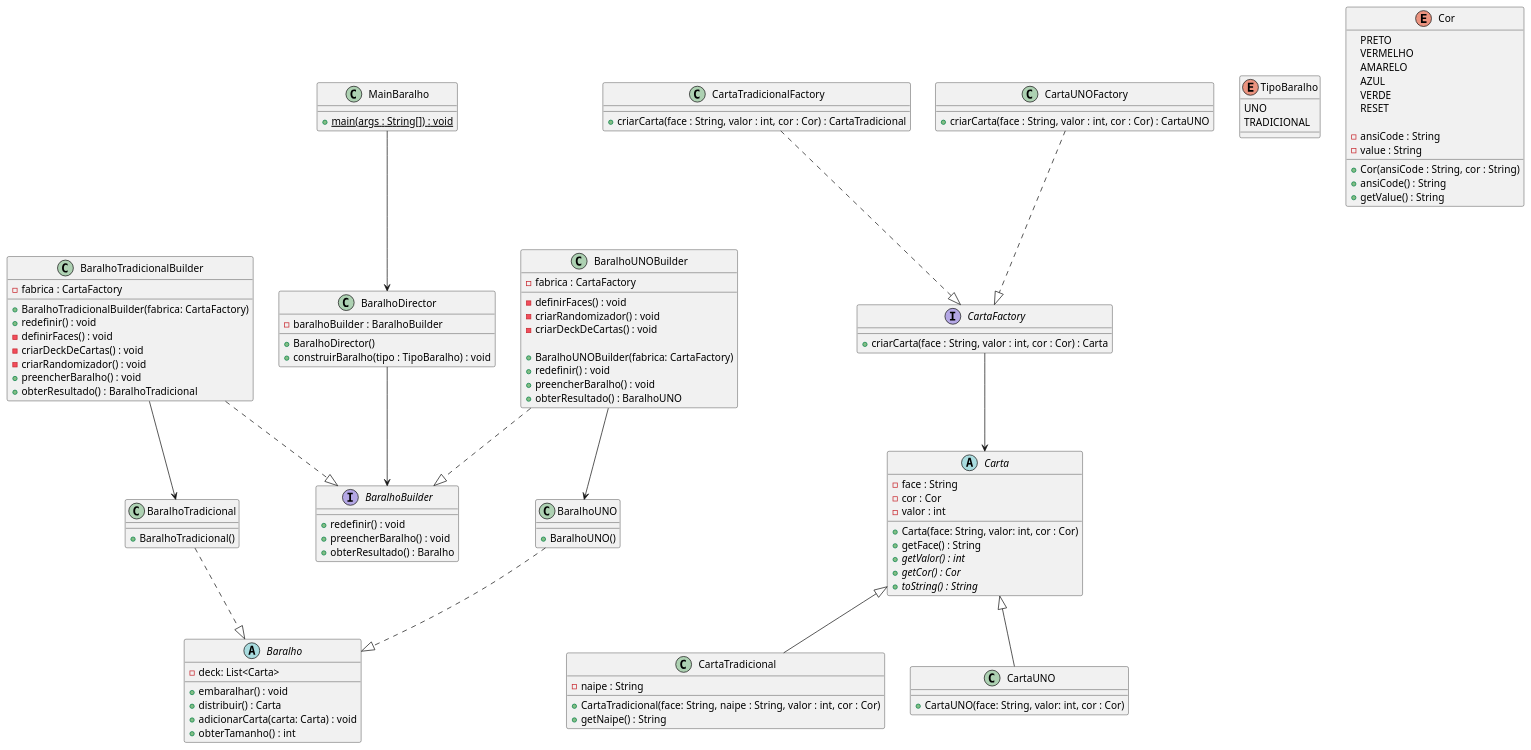
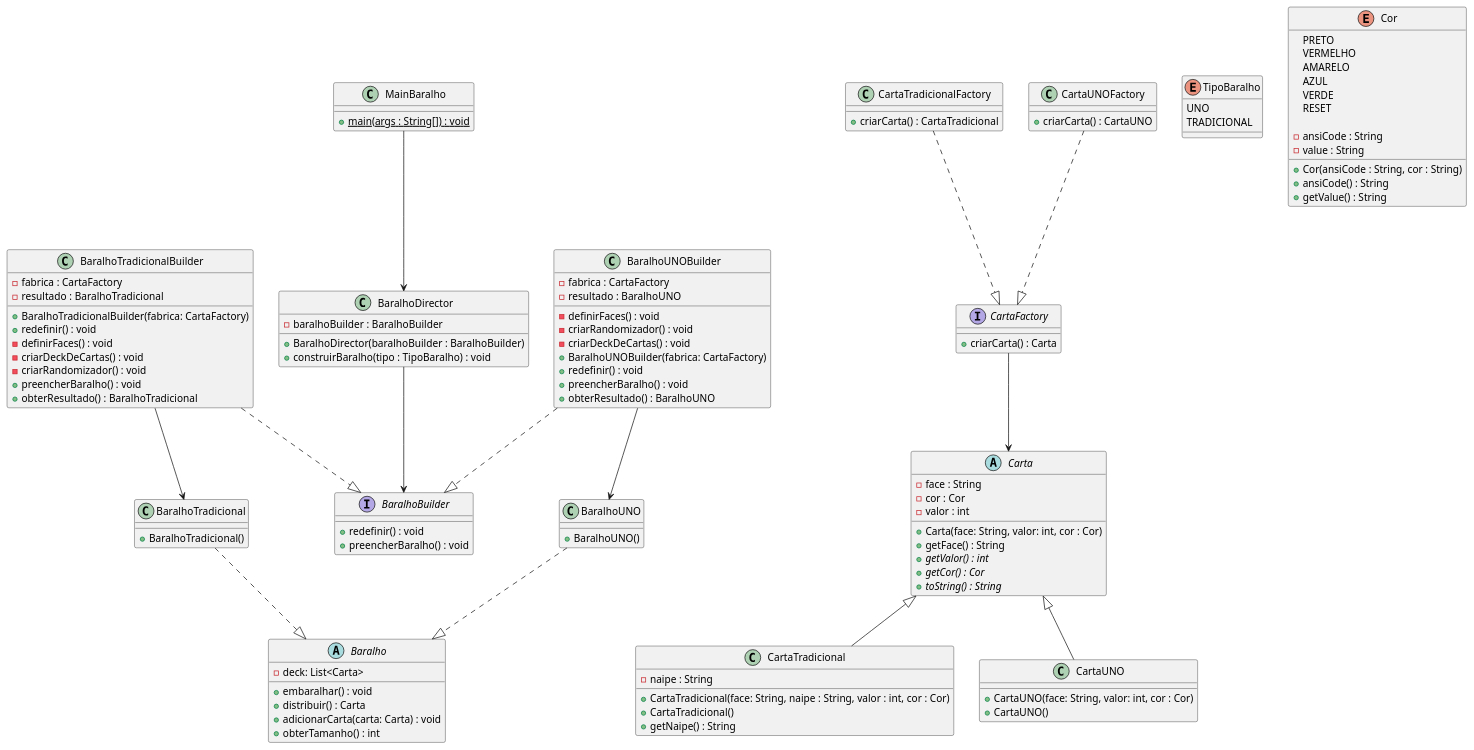
Before and after one commit to yagocdj/Segunda-colaborativa-padroes: the diagram in docs/diagrama_novo.plantuml, drawn with PlantUML. The commit also changed 12 other files, not shown here.

Commit message:
feat: implementar o baralho builder

```diff
--- a/docs/diagrama_novo.plantuml
+++ b/docs/diagrama_novo.plantuml
@@ -1,148 +1,152 @@
 @startuml diagrama_com_factory
 
 '--------------------- Classes Baralho ---------------------
 abstract class Baralho {
     - deck: List<Carta>
 
     + embaralhar() : void
     + distribuir() : Carta
     + adicionarCarta(carta: Carta) : void
     + obterTamanho() : int
 }
 
 class BaralhoTradicional {
     + BaralhoTradicional()
 }
 
 class BaralhoUNO {
     + BaralhoUNO()
 }
 
 '--------------------- Classes Carta ---------------------
 
 abstract class Carta {
     - face : String
     - cor : Cor
     - valor : int
 
     + Carta(face: String, valor: int, cor : Cor)
     + getFace() : String
     + {abstract} getValor() : int
     + {abstract} getCor() : Cor
     + {abstract} toString() : String
 }
 
 class CartaTradicional extends Carta {
     - naipe : String
 
     + CartaTradicional(face: String, naipe : String, valor : int, cor : Cor)
+    + CartaTradicional()
     + getNaipe() : String
 }
 
 class CartaUNO extends Carta {
     + CartaUNO(face: String, valor: int, cor : Cor)
+    + CartaUNO()
 }
 
 enum TipoBaralho {
     UNO
     TRADICIONAL
 }
 
 enum Cor {
     PRETO
     VERMELHO
     AMARELO
     AZUL
     VERDE
     RESET
 
     - ansiCode : String
     - value : String
 
     + Cor(ansiCode : String, cor : String)
     + ansiCode() : String
     + getValue() : String
 }
 
 '--------------------- Builder Pattern ---------------------
 
 interface BaralhoBuilder {
     + redefinir() : void
     + preencherBaralho() : void
-    + obterResultado() : Baralho
 }
 
 class BaralhoTradicionalBuilder {
     - fabrica : CartaFactory
+    - resultado : BaralhoTradicional
 
     + BaralhoTradicionalBuilder(fabrica: CartaFactory)
     + redefinir() : void
     - definirFaces() : void
     - criarDeckDeCartas() : void
     - criarRandomizador() : void
     + preencherBaralho() : void
     + obterResultado() : BaralhoTradicional
 }
 
 class BaralhoUNOBuilder {
     - fabrica : CartaFactory
+    - resultado : BaralhoUNO
 
     - definirFaces() : void
     - criarRandomizador() : void
     - criarDeckDeCartas() : void
-
     + BaralhoUNOBuilder(fabrica: CartaFactory)
     + redefinir() : void
     + preencherBaralho() : void
     + obterResultado() : BaralhoUNO
 }
 
 class BaralhoDirector {
     - baralhoBuilder : BaralhoBuilder
 
-    + BaralhoDirector()
+    + BaralhoDirector(baralhoBuilder : BaralhoBuilder)
     + construirBaralho(tipo : TipoBaralho) : void
 }
 
 '--------------------- Factory Method ---------------------
 
 interface CartaFactory {
-    + criarCarta(face : String, valor : int, cor : Cor) : Carta
+    + criarCarta() : Carta
 }
 
 class CartaTradicionalFactory {
-    + criarCarta(face : String, valor : int, cor : Cor) : CartaTradicional
+'    + criarCarta(face : String, valor : int, cor : Cor) : CartaTradicional
+    + criarCarta() : CartaTradicional
 }
 
 class CartaUNOFactory {
-    + criarCarta(face : String, valor : int, cor : Cor) : CartaUNO
+'    + criarCarta(face : String, valor : int, cor : Cor) : CartaUNO
+    + criarCarta() : CartaUNO
 }
 
 
 '--------------------- Cliente ---------------------
 
 class MainBaralho {
     + {static} main(args : String[]) : void
 }
 
 '--------------------- Relacionamentos ---------------------
 
 MainBaralho --> BaralhoDirector
 BaralhoDirector --> BaralhoBuilder
 
 BaralhoTradicional ..|> Baralho
 BaralhoUNO ..|> Baralho
 
 BaralhoTradicionalBuilder ..|> BaralhoBuilder
 BaralhoUNOBuilder ..|> BaralhoBuilder
 
 CartaTradicionalFactory ..|> CartaFactory
 CartaUNOFactory ..|> CartaFactory
 
 CartaFactory --> Carta
 
 BaralhoTradicionalBuilder --> BaralhoTradicional
 BaralhoUNOBuilder --> BaralhoUNO
 
 
 @enduml
```
